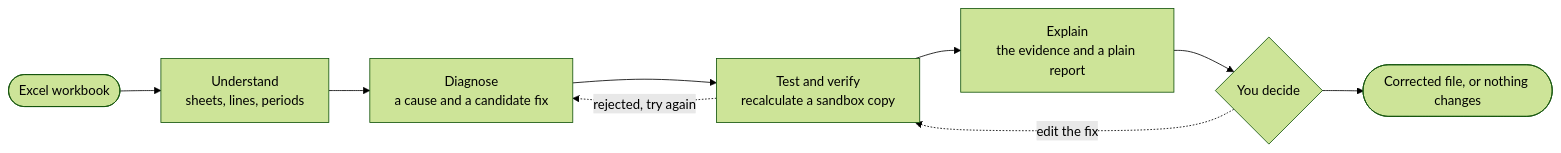
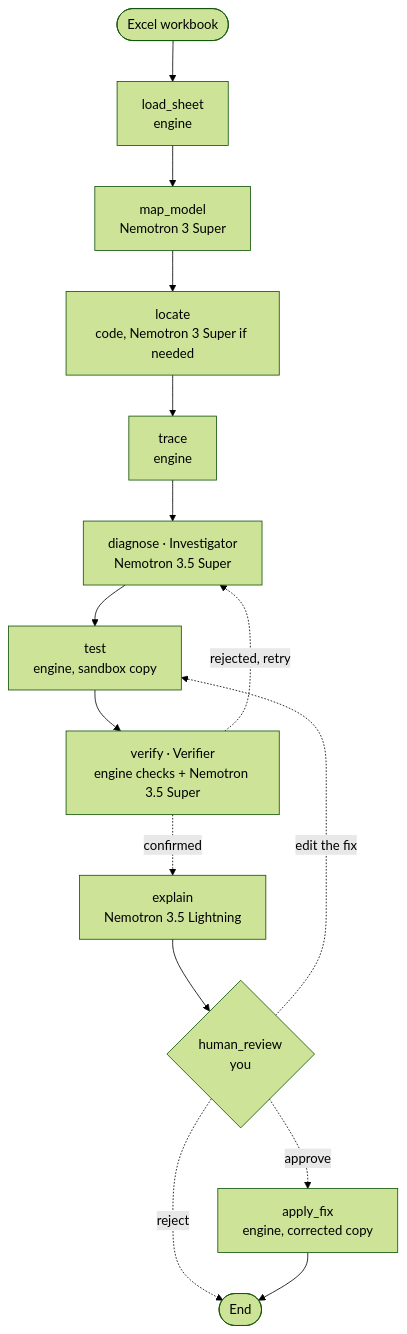
The diagram in README.md (ol1ak5/model-x-ray), drawn with Mermaid (forest theme) before and after one commit. The commit also changed other lines of this file, not shown here.

Commit message:
docs(readme): title case, the track line, the exact graph and the model metadata feedback

````diff
--- a/README.md
+++ b/README.md
@@ -63,11 +67,17 @@
 ```mermaid
-flowchart LR
-    A([Excel workbook]) --> B["Understand<br/>sheets, lines, periods"]
-    B --> C["Diagnose<br/>a cause and a candidate fix"]
-    C --> D["Test and verify<br/>recalculate a sandbox copy"]
-    D -. "rejected, try again" .-> C
-    D --> E["Explain<br/>the evidence and a plain report"]
-    E --> F{"You decide"}
-    F -. "edit the fix" .-> D
-    F --> G([Corrected file, or nothing changes])
+flowchart TD
+    __start__([Excel workbook]) --> load_sheet["load_sheet<br/>engine"]
+    load_sheet --> map_model["map_model<br/>Nemotron 3 Super"]
+    map_model --> locate["locate<br/>code, Nemotron 3 Super if needed"]
+    locate --> trace["trace<br/>engine"]
+    trace --> diagnose["diagnose · Investigator<br/>Nemotron 3.5 Super"]
+    diagnose --> test["test<br/>engine, sandbox copy"]
+    test --> verify["verify · Verifier<br/>engine checks + Nemotron 3.5 Super"]
+    verify -. "rejected, retry" .-> diagnose
+    verify -. "confirmed" .-> explain["explain<br/>Nemotron 3.5 Lightning"]
+    explain --> human_review{"human_review<br/>you"}
+    human_review -. "edit the fix" .-> test
+    human_review -. "approve" .-> apply_fix["apply_fix<br/>engine, corrected copy"]
+    human_review -. "reject" .-> __end__([End])
+    apply_fix --> __end__
 ```
````
